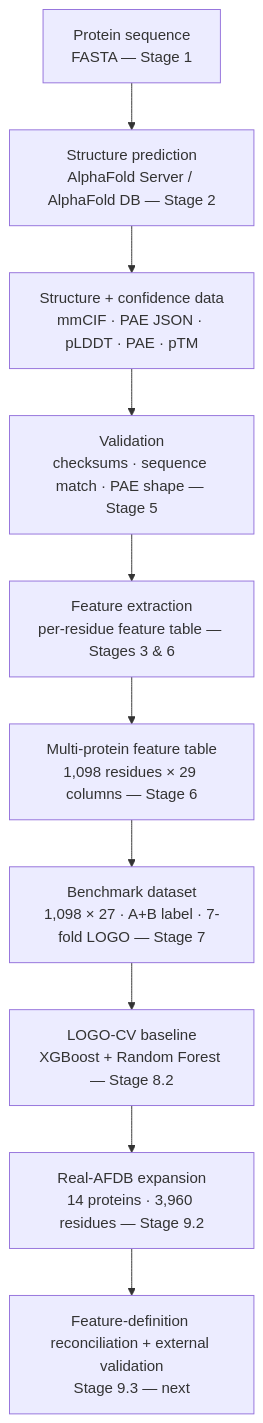
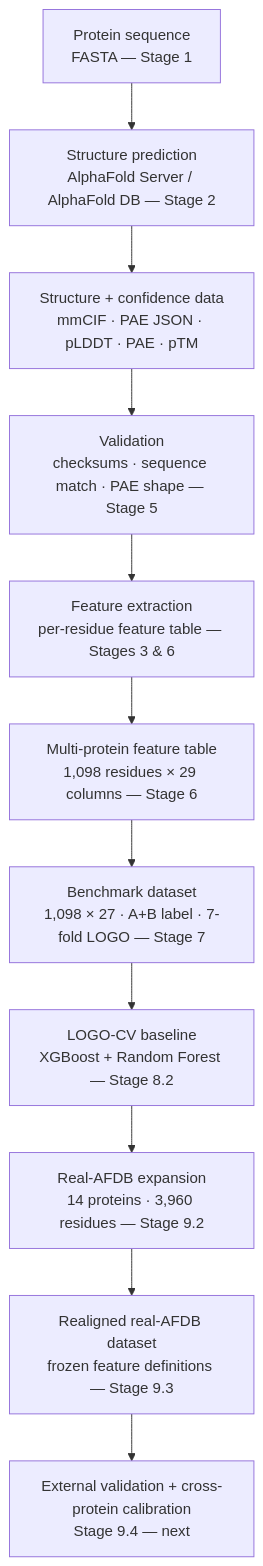
The diagram in README.md (kelvinchandradjayapranata-hue/ai-biotech), drawn with Mermaid before and after one commit. The commit also changed other lines of this file and 2 other files, not shown here.

First line of the commit message:
docs: record audited Stage 9.3 realigned real-AFDB dataset & metrics

````diff
--- a/README.md
+++ b/README.md
@@ -132,12 +142,13 @@
 ```mermaid
 flowchart TD
     A["Protein sequence<br/>FASTA — Stage 1"] --> B["Structure prediction<br/>AlphaFold Server / AlphaFold DB — Stage 2"]
     B --> C["Structure + confidence data<br/>mmCIF · PAE JSON · pLDDT · PAE · pTM"]
     C --> D["Validation<br/>checksums · sequence match · PAE shape — Stage 5"]
     D --> E["Feature extraction<br/>per-residue feature table — Stages 3 & 6"]
     E --> F["Multi-protein feature table<br/>1,098 residues × 29 columns — Stage 6"]
     F --> G["Benchmark dataset<br/>1,098 × 27 · A+B label · 7-fold LOGO — Stage 7"]
     G --> H["LOGO-CV baseline<br/>XGBoost + Random Forest — Stage 8.2"]
     H --> I["Real-AFDB expansion<br/>14 proteins · 3,960 residues — Stage 9.2"]
-    I --> J["Feature-definition reconciliation + external validation<br/>Stage 9.3 — next"]
+    I --> J["Realigned real-AFDB dataset<br/>frozen feature definitions — Stage 9.3"]
+    J --> K["External validation + cross-protein calibration<br/>Stage 9.4 — next"]
 ```
````
